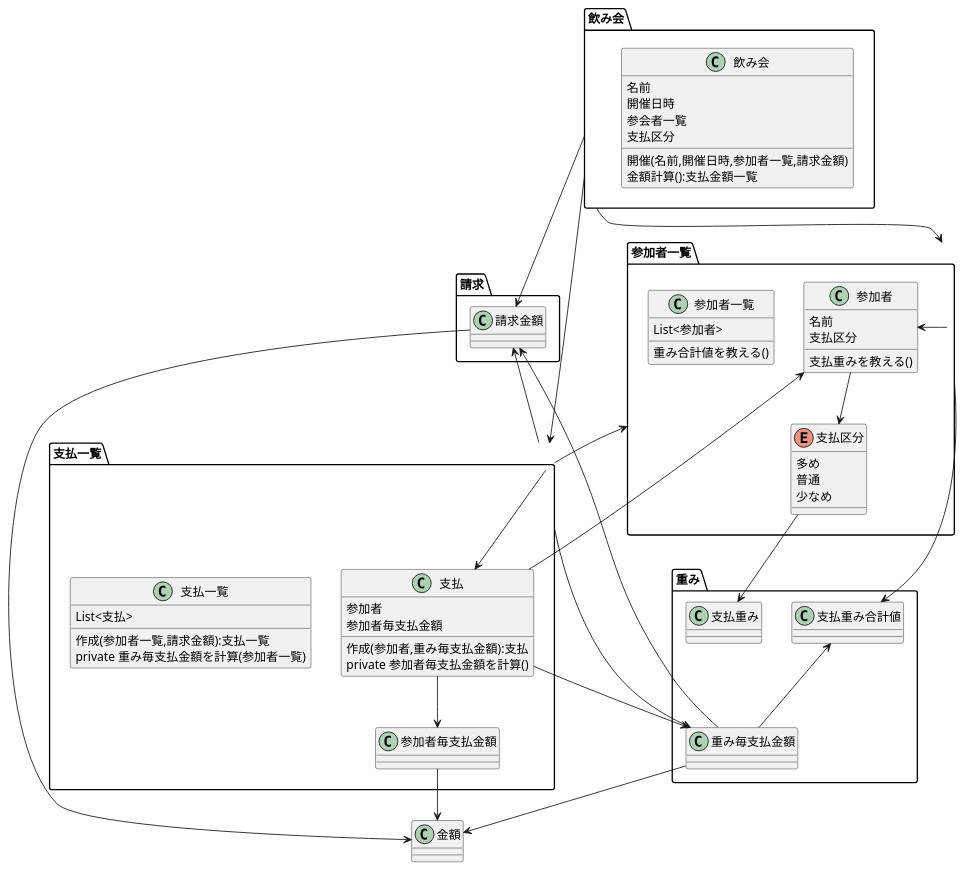
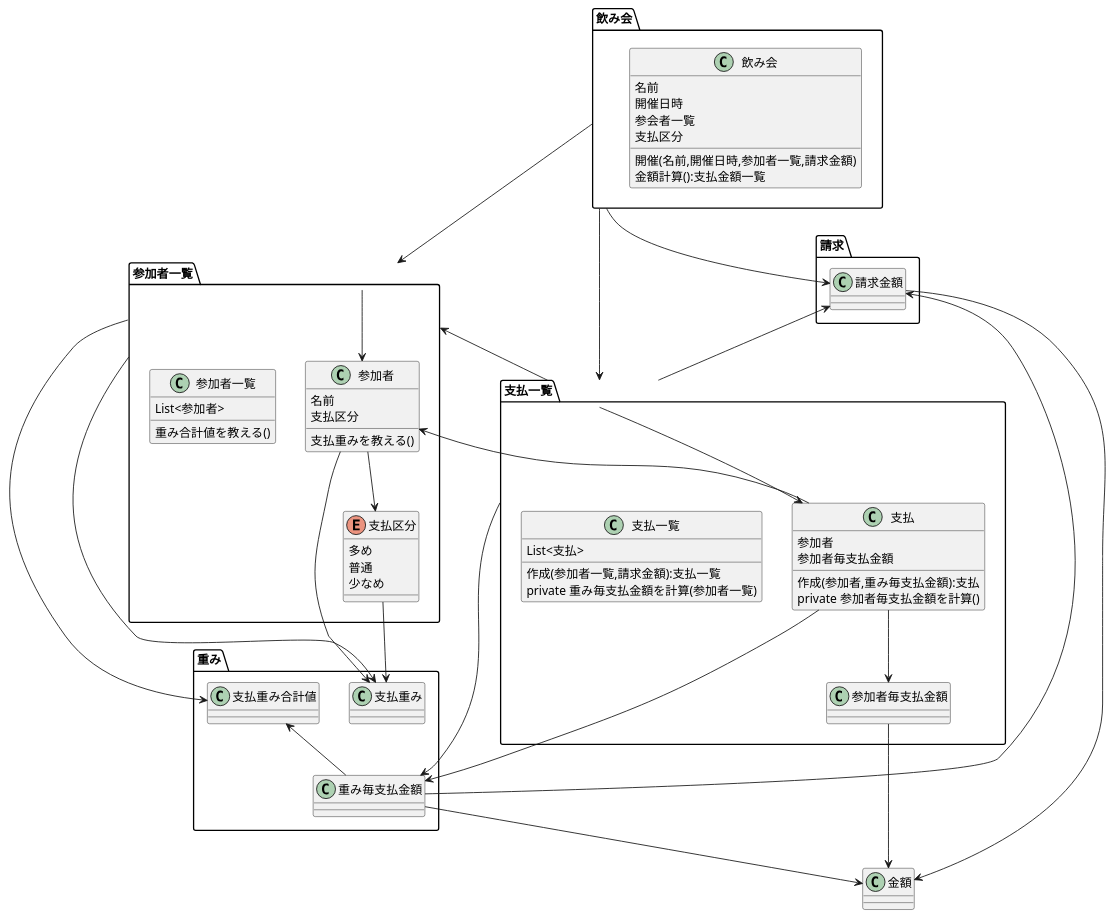
One commit to muractice/wari changed the diagram in etc/warikan.puml. Above: the diagram before and after it, drawn with PlantUML. The commit also changed 11 other files, not shown here.

```diff
--- a/etc/warikan.puml
+++ b/etc/warikan.puml
@@ -1,146 +1,148 @@
 @startuml
 
 /'
 class 幹事{
 }
 '/
 
 package 飲み会{
 
 class 飲み会 {
 名前
 開催日時
 参会者一覧
 支払区分
 '幹事
 開催(名前,開催日時,参加者一覧,請求金額)
 '参加者追加()
 金額計算():支払金額一覧
 }
 
 
 }
 
 
 package 請求{
 
 class 請求金額{
 }
 
 }
 
 
 
 package 参加者一覧{
 class 参加者{
 名前
 '飲み会
 支払区分
 支払重みを教える()
 }
 
 class 参加者一覧{
 List<参加者>
 重み合計値を教える()
 }
 
 enum 支払区分{
 多め
 普通
 少なめ
 }
 
 }
 
 
 package 重み{
 class 重み毎支払金額{
 }
 class 支払重み合計値{
 }
 class 支払重み{
 }
 }
 
 package 支払一覧{
 class 支払一覧{
 List<支払>
 作成(参加者一覧,請求金額):支払一覧
 private 重み毎支払金額を計算(参加者一覧)
 }
 
 class 支払{
 参加者
 参加者毎支払金額
 作成(参加者,重み毎支払金額):支払
 private 参加者毎支払金額を計算()
 }
 
 
 class 参加者毎支払金額{
 }
 
 
 }
 
 /'
 class メンバー毎支払割合{
 参加者
 支払割合
 }
 '/
 
 
 class 金額{
 }
 
 
 /'
 class 支払計算{
 参加者一覧
 請求金額
 計算():支払金額一覧
 private 重み毎支払金額を計算(参加者一覧)
 private 参加者毎支配金額を計算()
 }
 '/
 
 
 '飲み会 -> 幹事
 飲み会  -d-> 参加者一覧
 飲み会 -d-> 請求金額
 '飲み会 -> 支払区分
 '飲み会 -> 支払金額
 飲み会 -d-> 支払一覧
 
-参加者一覧 -> 参加者
+参加者一覧 -d-> 参加者
+参加者一覧 -d-> 支払重み
+参加者一覧 -d-> 支払重み合計値
 参加者 -d-> 支払区分
-参加者一覧 -d-> 支払重み合計値
+参加者 -d-> 支払重み
 
 支払区分 -d-> 支払重み
 
 /'
 支払計算 -d-> 支払一覧
 支払計算 -d-> 参加者一覧
 支払計算 -d-> 請求金額
 支払計算 -d-> 重み毎支払金額
 支払計算 -d-> 参加者毎支払金額
 '/
 
 支払一覧 -u-> 参加者一覧
 支払一覧 -d-> 支払
 支払一覧 -u-> 請求金額
 支払一覧 -> 重み毎支払金額
 
 支払 -d-> 参加者
 支払 -d-> 参加者毎支払金額
 支払 -> 重み毎支払金額
 
 重み毎支払金額 -u-> 支払重み合計値
 重み毎支払金額 -u-> 請求金額
 重み毎支払金額 -d-> 金額
 
 
 参加者毎支払金額 -d-> 金額
 請求金額 -d-> 金額
 @enduml
```
